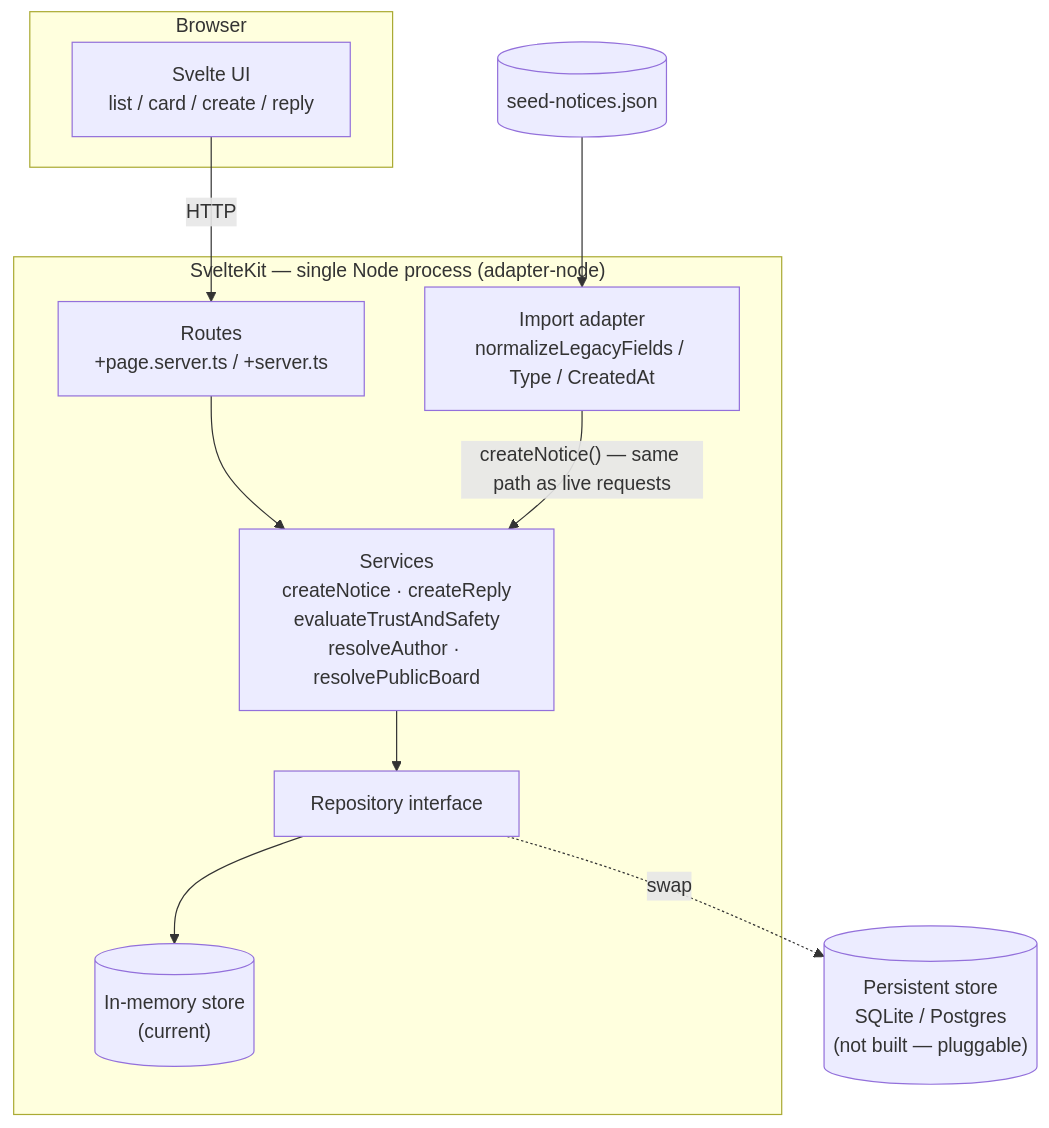
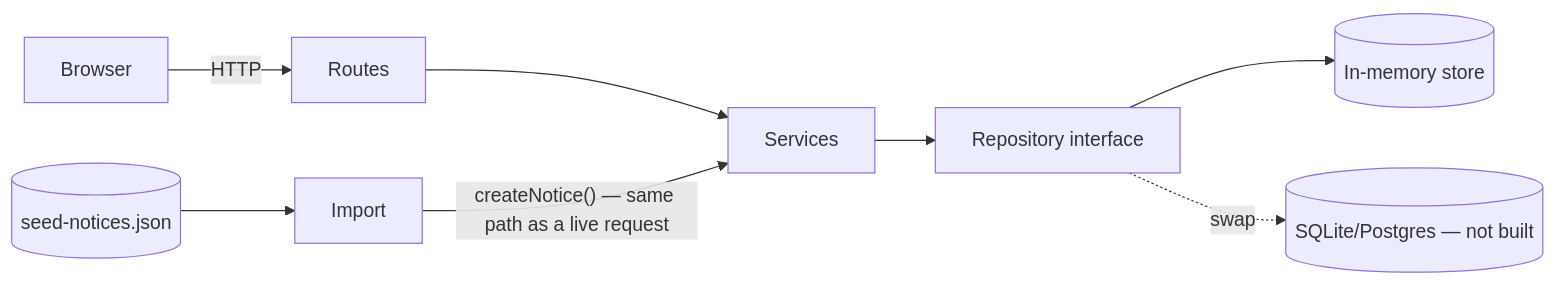
Before and after one commit to moizp/stuff-test: the diagram in docs/DECISIONS.md, drawn with Mermaid. The commit also changed other lines of this file, not shown here.

````diff
--- a/docs/DECISIONS.md
+++ b/docs/DECISIONS.md
@@ -17,25 +21,10 @@
 ```mermaid
-flowchart TB
-  subgraph Client["Browser"]
-    UI["Svelte UI<br/>list / card / create / reply"]
-  end
-
-  subgraph Server["SvelteKit — single Node process (adapter-node)"]
-    Routes["Routes<br/>+page.server.ts / +server.ts"]
-    Services["Services<br/>createNotice · createReply<br/>evaluateTrustAndSafety<br/>resolveAuthor · resolvePublicBoard"]
-    RepoIface["Repository interface"]
-    Mem[("In-memory store<br/>(current)")]
-    Import["Import adapter<br/>normalizeLegacyFields / Type / CreatedAt"]
-  end
-
-  Seed[("seed-notices.json")]
-  Future[("Persistent store<br/>SQLite / Postgres<br/>(not built — pluggable)")]
-
-  UI -- HTTP --> Routes
+flowchart LR
+  Browser -- HTTP --> Routes
   Routes --> Services
-  Services --> RepoIface
-  RepoIface --> Mem
-  RepoIface -. swap .-> Future
-  Seed --> Import
-  Import -- "createNotice() — same path as live requests" --> Services
+  Services --> RepoIface["Repository interface"]
+  RepoIface --> Mem[("In-memory store")]
+  RepoIface -. swap .-> Future[("SQLite/Postgres — not built")]
+  Seed[("seed-notices.json")] --> Import
+  Import -- "createNotice() — same path as a live request" --> Services
 ```
````
